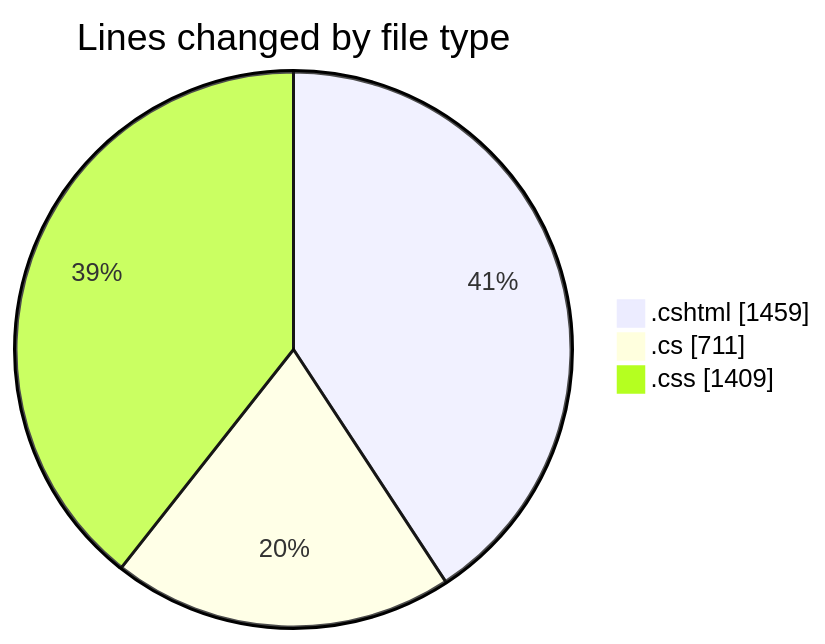
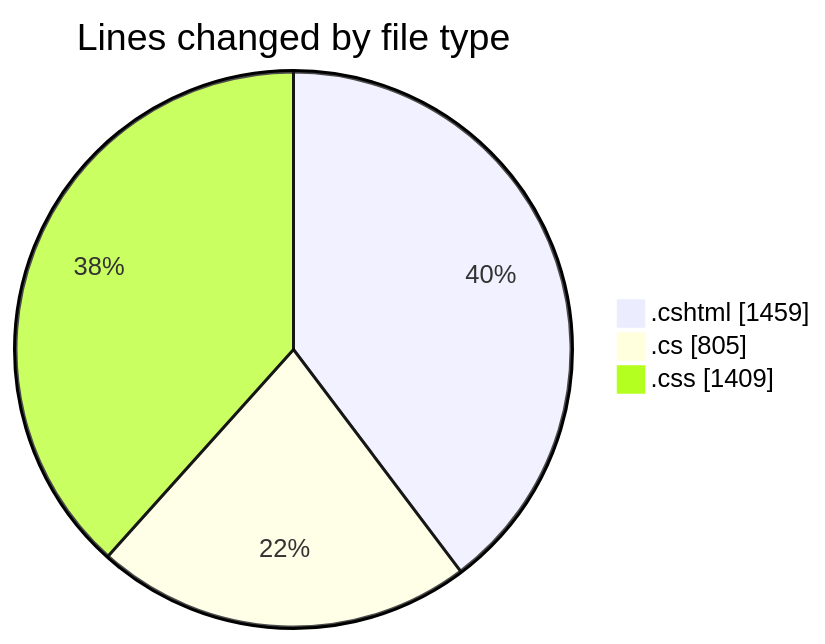
The first of 2 diagrams in 2025-07-18/nhahang/README.md (lephambinh05/code-tracking), drawn with Mermaid before and after one commit. The commit also changed other lines of this file and 1 other file, not shown here.

````diff
--- a/2025-07-18/nhahang/README.md
+++ b/2025-07-18/nhahang/README.md
@@ -43,7 +45,7 @@
 ```mermaid
 pie showData
 title Lines changed by file type
 ".cshtml" : 1459
-".cs" : 711
+".cs" : 805
 ".css" : 1409
 ```
````
